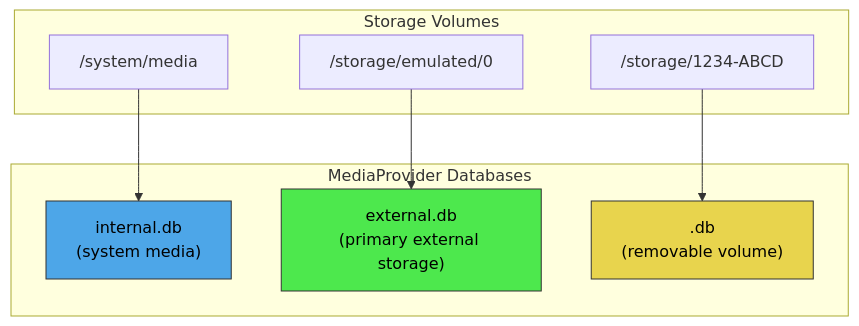
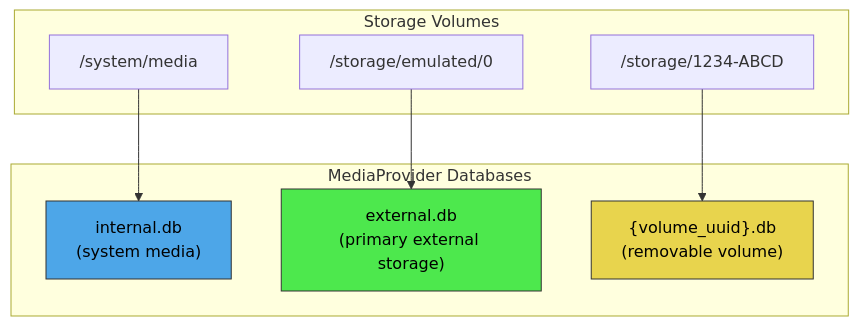
Before and after one commit to fwrite0920/aosp-internal-book: the eighth of 23 diagrams in 27-content-providers.md, drawn with Mermaid. The commit also changed other lines of this file and 13 other files, not shown here.

First line of the commit message:
Fix Mermaid diagrams and formatting in Parts VII-VIII (chapters 26-39)

````diff
--- a/27-content-providers.md
+++ b/27-content-providers.md
@@ -754,18 +754,18 @@
 ```mermaid
 graph TD
     subgraph "MediaProvider Databases"
         A["internal.db<br/>(system media)"]
         B["external.db<br/>(primary external storage)"]
-        C["<uuid>.db<br/>(removable volume)"]
+        C["{volume_uuid}.db<br/>(removable volume)"]
     end
 
     subgraph "Storage Volumes"
         D["/system/media"] --> A
         E["/storage/emulated/0"] --> B
         F["/storage/1234-ABCD"] --> C
     end
 
     style A fill:#4da6e8,stroke:#333,color:#000
     style B fill:#4de84d,stroke:#333,color:#000
     style C fill:#e8d44d,stroke:#333,color:#000
 ```
````
